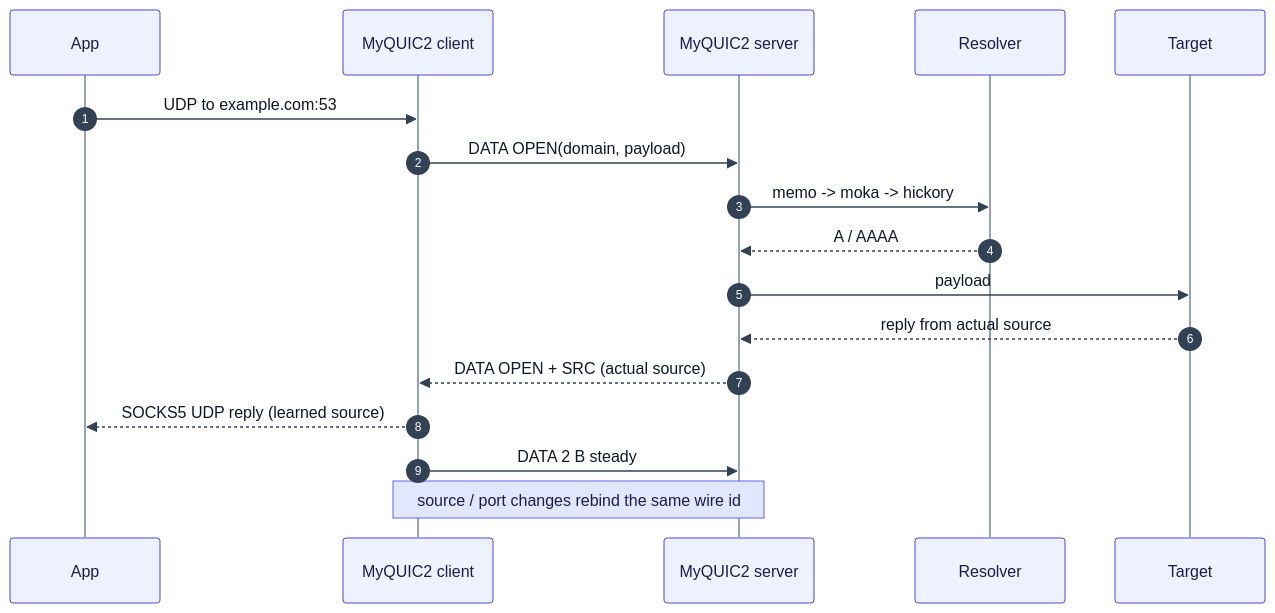
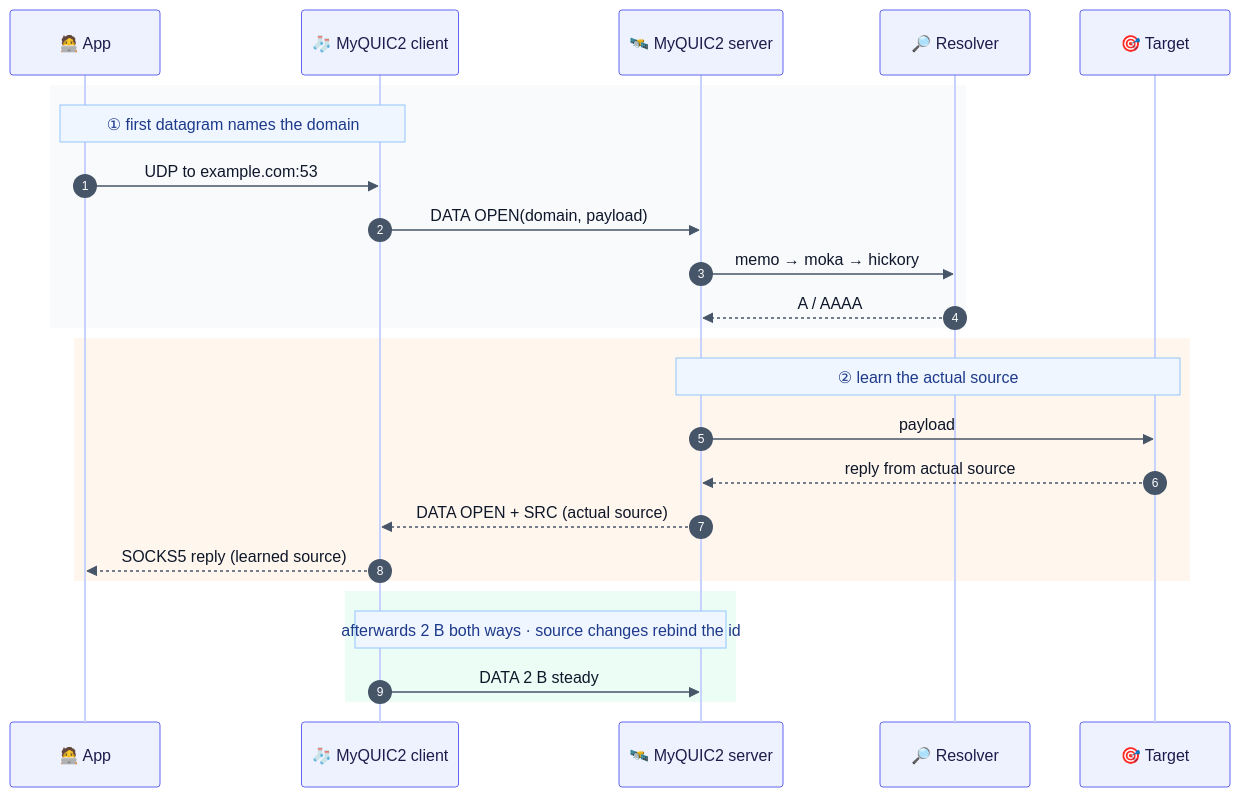
One commit to Terutoki/MyQUIC2 changed diagram 15 of 25 in README.md. Above: the diagram before and after it, drawn with Mermaid. The commit also changed other lines of this file, not shown here.

First line of the commit message:
docs(readme): redraw the Mermaid atlas with a polished visual system

````diff
--- a/README.md
+++ b/README.md
@@ -697,20 +783,28 @@
 ```mermaid
-%%{init: {"theme":"base","themeVariables":{"fontSize":"14px","actorBkg":"#eef2ff","actorBorder":"#4f46e5","actorTextColor":"#1e1b4b","actorLineColor":"#94a3b8","signalColor":"#334155","signalTextColor":"#0f172a","labelBoxBkgColor":"#e0e7ff","labelBoxBorderColor":"#6366f1","labelTextColor":"#1e1b4b","loopTextColor":"#1e1b4b","noteBkgColor":"#e0e7ff","noteBorderColor":"#6366f1","noteTextColor":"#1e1b4b","activationBkgColor":"#c7d2fe","activationBorderColor":"#4f46e5","sequenceNumberBackgroundColor":"#4f46e5","sequenceNumberColor":"#ffffff"}}}%%
+%%{init: {"theme":"base","themeVariables":{"fontSize":"15px","actorBkg":"#eef2ff","actorBorder":"#6366f1","actorTextColor":"#1e1b4b","actorLineColor":"#c7d2fe","signalColor":"#475569","signalTextColor":"#0f172a","labelBoxBkgColor":"#f8fafc","labelBoxBorderColor":"#cbd5e1","labelTextColor":"#0f172a","loopTextColor":"#0f172a","noteBkgColor":"#eff6ff","noteBorderColor":"#93c5fd","noteTextColor":"#1e3a8a","activationBkgColor":"#e0e7ff","activationBorderColor":"#6366f1","sequenceNumberBackgroundColor":"#6366f1","sequenceNumberColor":"#ffffff"}} }%%
 sequenceDiagram
-autonumber
-    participant App
-    participant Client as MyQUIC2 client
-    participant Server as MyQUIC2 server
-    participant Resolver
-    participant Target
-    App->>Client: UDP to example.com:53
-    Client->>Server: DATA OPEN(domain, payload)
-    Server->>Resolver: memo -> moka -> hickory
-    Resolver-->>Server: A / AAAA
-    Server->>Target: payload
-    Target-->>Server: reply from actual source
-    Server-->>Client: DATA OPEN + SRC (actual source)
-    Client-->>App: SOCKS5 UDP reply (learned source)
-    Client->>Server: DATA 2 B steady
-    Note over Client,Server: source / port changes rebind the same wire id
+    autonumber
+    participant App as 🧑‍💻 App
+    participant Client as 🧦 MyQUIC2 client
+    participant Server as 🛰️ MyQUIC2 server
+    participant Resolver as 🔎 Resolver
+    participant Target as 🎯 Target
+        rect rgb(248, 250, 252)
+            Note over App,Client: ① first datagram names the domain
+            App->>Client: UDP to example.com:53
+            Client->>Server: DATA OPEN(domain, payload)
+            Server->>Resolver: memo → moka → hickory
+            Resolver-->>Server: A / AAAA
+        end
+        rect rgb(255, 247, 237)
+            Note over Server,Target: ② learn the actual source
+            Server->>Target: payload
+            Target-->>Server: reply from actual source
+            Server-->>Client: DATA OPEN + SRC (actual source)
+            Client-->>App: SOCKS5 reply (learned source)
+        end
+        rect rgb(236, 253, 245)
+            Note over Client,Server: afterwards 2 B both ways · source changes rebind the id
+            Client->>Server: DATA 2 B steady
+        end
 ```
````
